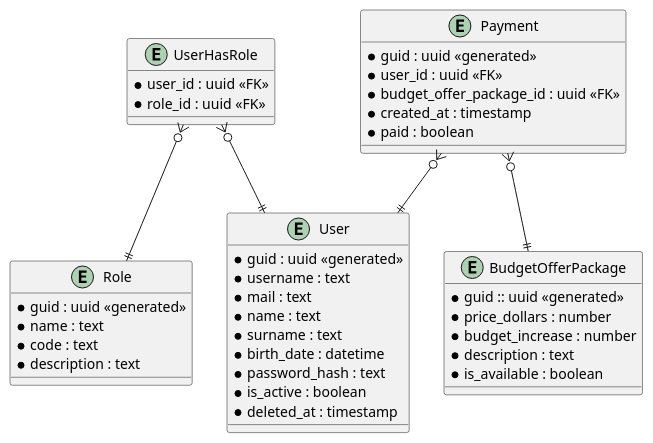
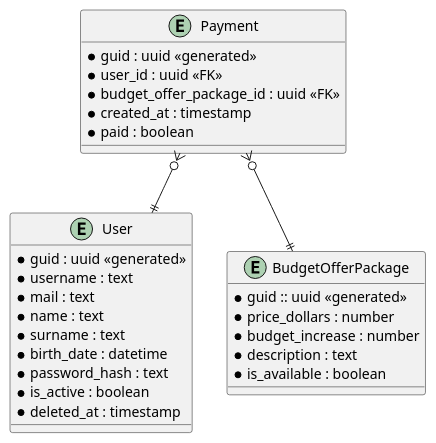
Before and after one commit to Ricaps/Ice-Hockey-Manager: the diagram in docs/diagrams/er/user-service-erd.puml, drawn with PlantUML. The commit also changed 60 other files, not shown here.

```diff
--- a/docs/diagrams/er/user-service-erd.puml
+++ b/docs/diagrams/er/user-service-erd.puml
@@ -1,49 +1,34 @@
 @startuml
 
 entity User {
     * guid : uuid <<generated>>
     * username : text
     * mail : text
     * name : text
     * surname : text
     * birth_date : datetime
     * password_hash : text
     * is_active : boolean
     * deleted_at : timestamp
-}
-
-entity UserHasRole {
-    * user_id : uuid <<FK>>
-    * role_id : uuid <<FK>>
-}
-
-entity Role {
-    * guid : uuid <<generated>>
-    * name : text
-    * code : text
-    * description : text
 }
 
 entity Payment {
     * guid : uuid <<generated>>
     * user_id : uuid <<FK>>
     * budget_offer_package_id : uuid <<FK>>
     * created_at : timestamp
     * paid : boolean
 }
 
 entity BudgetOfferPackage {
     * guid :: uuid <<generated>>
     * price_dollars : number
     * budget_increase : number
     * description : text
     * is_available : boolean
 }
 
-UserHasRole }o--|| Role
-UserHasRole }o--|| User
-
 Payment }o--|| User
 Payment }o--|| BudgetOfferPackage
 
 @enduml
```
